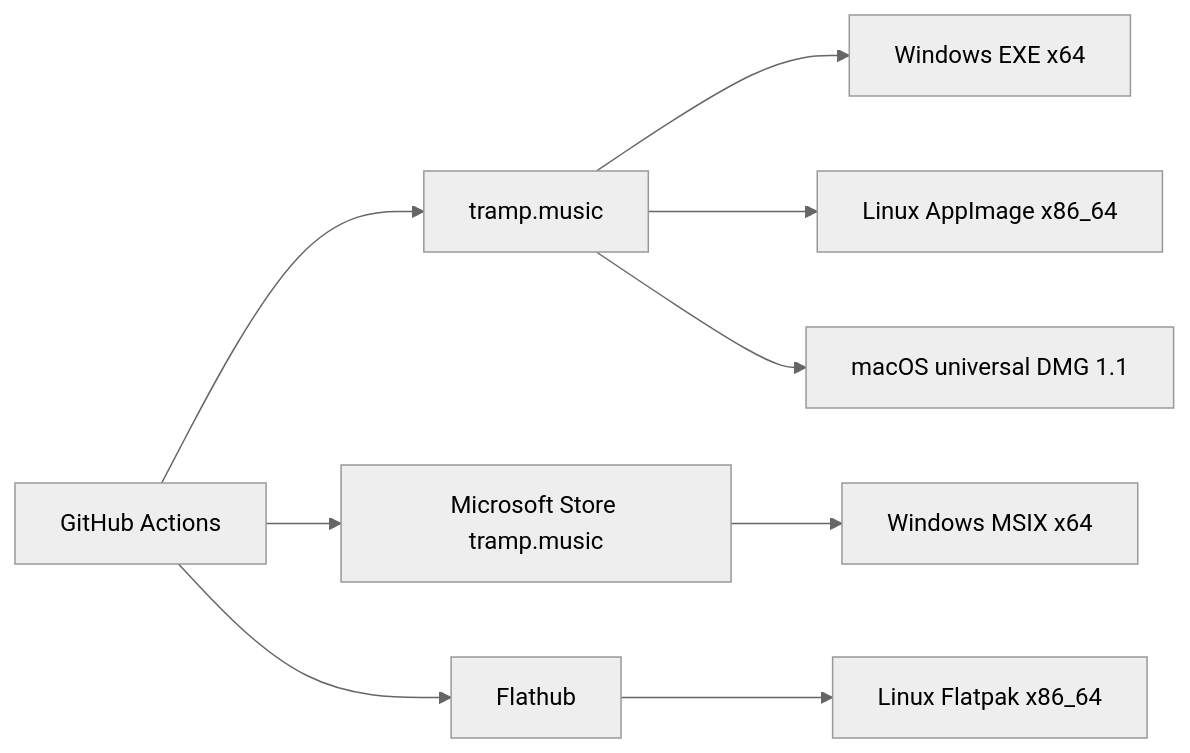
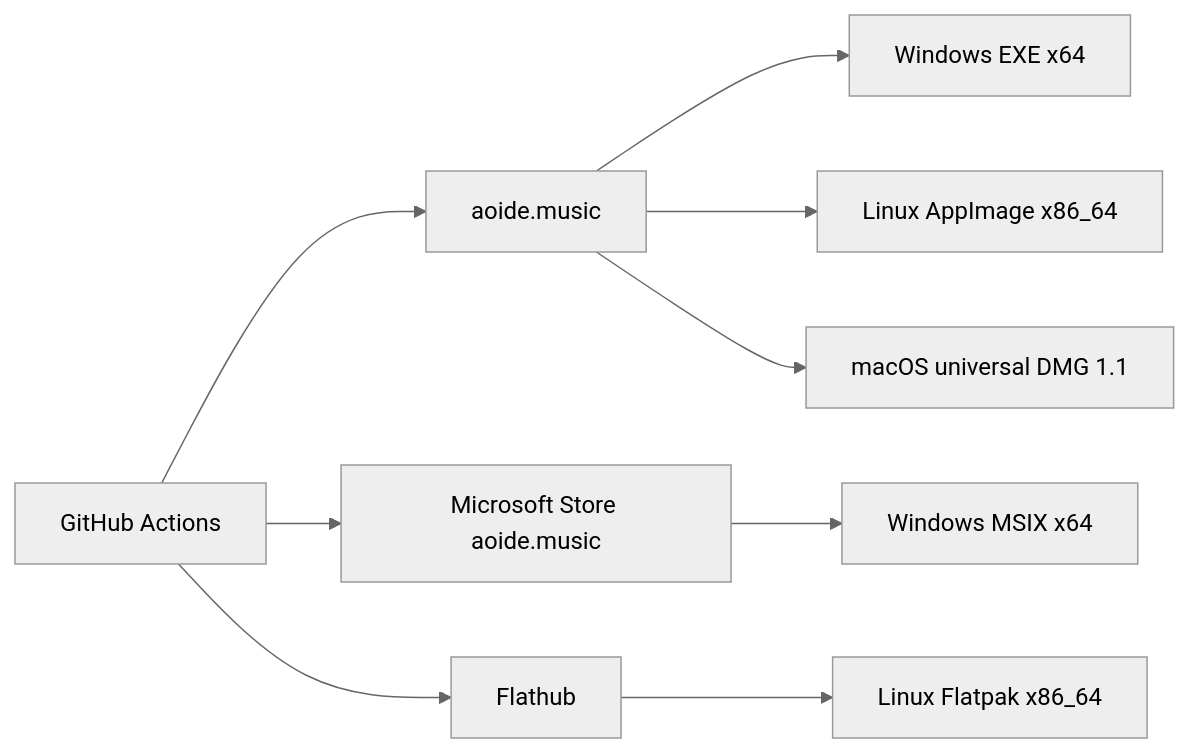
The first of 2 diagrams in docs/architecture.md (eliranbenishai/aoide), drawn with Mermaid (neutral theme) before and after one commit. The commit also changed other lines of this file and 158 other files, not shown here.

First line of the commit message:
Rename the product from Tramp to Aoide across the tree.

````diff
--- a/docs/architecture.md
+++ b/docs/architecture.md
@@ -26,15 +26,15 @@
 ```mermaid
 flowchart LR
   CI[GitHub Actions]
-  Site[tramp.music]
-  MS[Microsoft Store tramp.music]
+  Site[aoide.music]
+  MS[Microsoft Store aoide.music]
   FH[Flathub]
   CI --> Site
   CI --> MS
   CI --> FH
   Site --> WinExe[Windows EXE x64]
   Site --> AppImage[Linux AppImage x86_64]
   Site --> Dmg[macOS universal DMG 1.1]
   MS --> Msix[Windows MSIX x64]
   FH --> Flatpak[Linux Flatpak x86_64]
 ```
````
